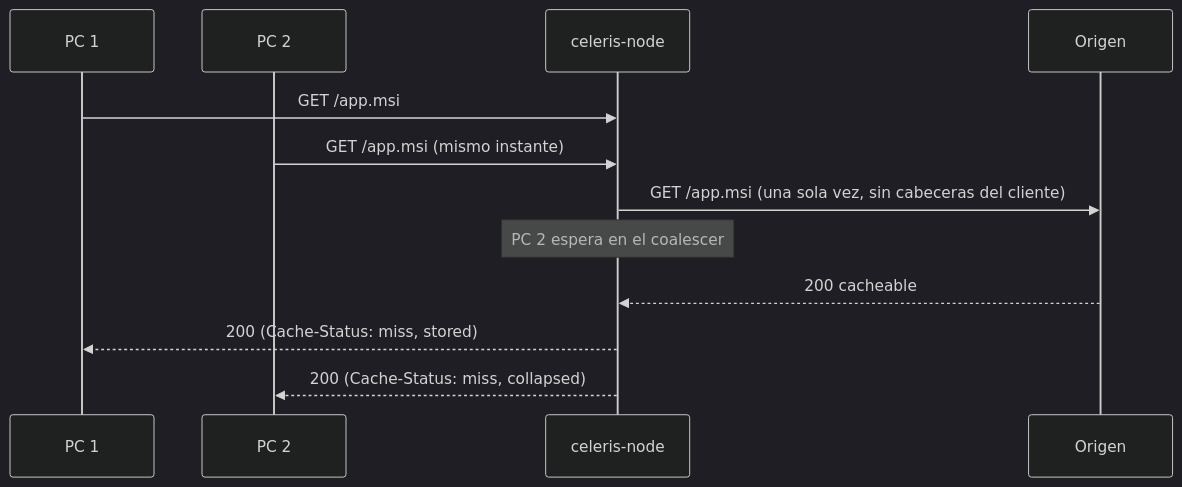
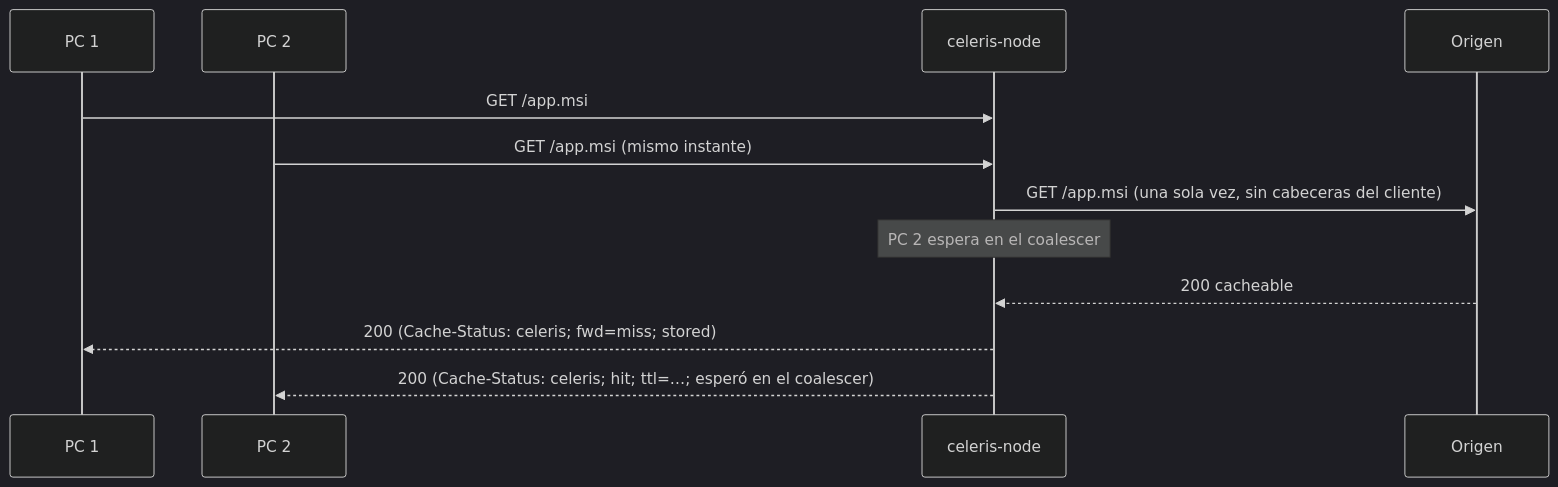
The ninth of 12 diagrams in docs/celeris/Celeris-CE02-Ingenieria-Software.md (Nick-Saim-MJ/Project-Celeris), drawn with Mermaid (dark theme) before and after one commit. The commit also changed other lines of this file and 169 other files, not shown here.

First line of the commit message:
CE02 E1: informe Requerimientos y Diseño (plantilla oficial), SRS, C4 + 15 ADR y UML por caso de uso

````diff
--- a/docs/celeris/Celeris-CE02-Ingenieria-Software.md
+++ b/docs/celeris/Celeris-CE02-Ingenieria-Software.md
@@ -476,14 +482,14 @@
 ```mermaid
 sequenceDiagram
   participant C1 as PC 1
   participant C2 as PC 2
   participant N as celeris-node
   participant O as Origen
   C1->>N: GET /app.msi
   C2->>N: GET /app.msi (mismo instante)
   N->>O: GET /app.msi (una sola vez, sin cabeceras del cliente)
   Note over N: PC 2 espera en el coalescer
   O-->>N: 200 cacheable
-  N-->>C1: 200 (Cache-Status: miss, stored)
-  N-->>C2: 200 (Cache-Status: miss, collapsed)
+  N-->>C1: 200 (Cache-Status: celeris#59; fwd=miss#59; stored)
+  N-->>C2: 200 (Cache-Status: celeris#59; hit#59; ttl=…#59; esperó en el coalescer)
 ```
````
